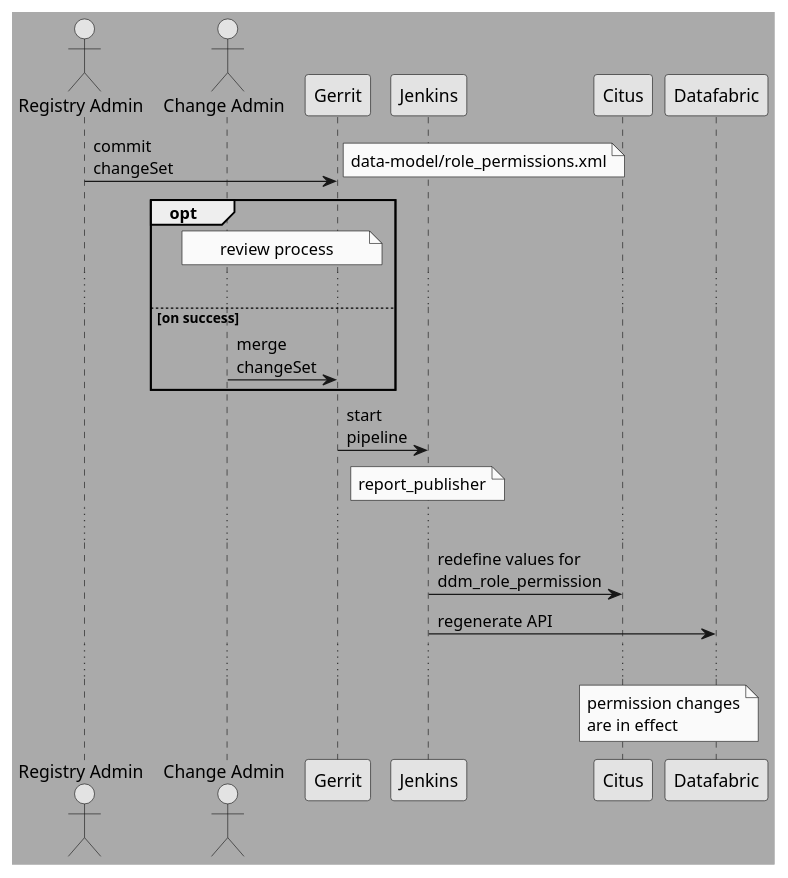
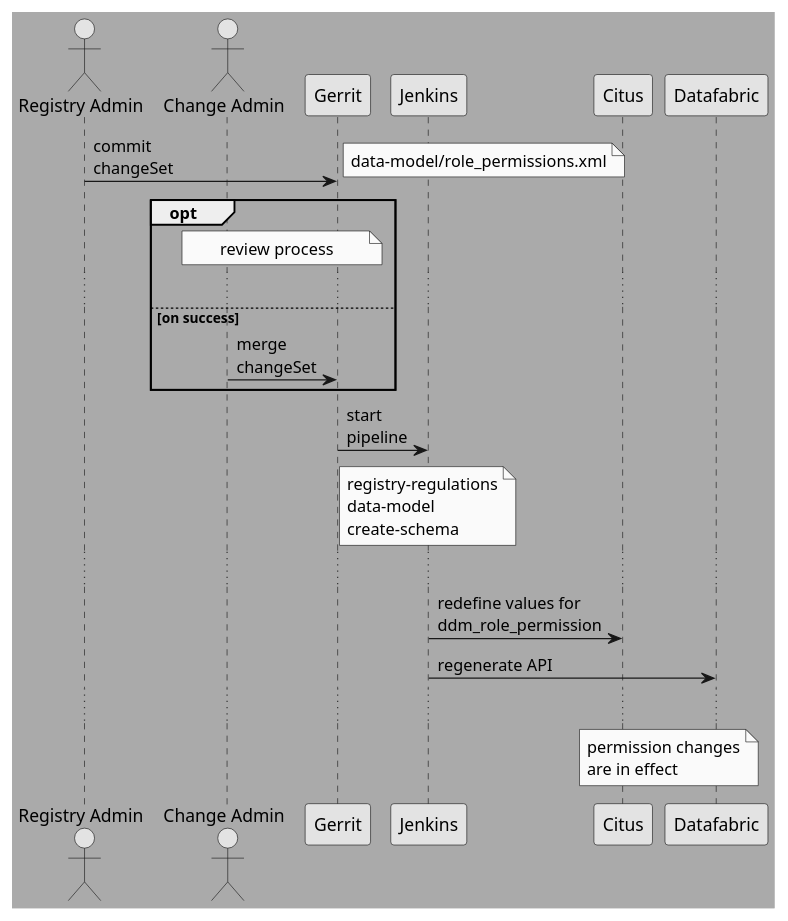
Before and after one commit to epam/edp-ddm-architecture: the diagram in modules/ROOT/partials/datafactory/rbac_change_permissions.puml, drawn with PlantUML. The commit also changed 1 other file, not shown here.

```diff
--- a/modules/ROOT/partials/datafactory/rbac_change_permissions.puml
+++ b/modules/ROOT/partials/datafactory/rbac_change_permissions.puml
@@ -1,26 +1,26 @@
 @startuml
 skinparam monochrome true
 skinparam backgroundColor #aaaaaa
 
 Actor "Registry Admin" as RegAdmin
 Actor "Change Admin" as ChAdmin
 participant Gerrit
 
 RegAdmin -> Gerrit: commit\nchangeSet
 note right: data-model/role_permissions.xml
 opt
 note over ChAdmin, Gerrit: review process
 ...
 else on success
 ChAdmin -> Gerrit: merge\nchangeSet
 
 end
 Gerrit -> Jenkins: start\npipeline
-note over Jenkins: report_publisher
+note over Jenkins: registry-regulations\ndata-model\ncreate-schema
 ...
 Jenkins -> Citus: redefine values for\nddm_role_permission
 Jenkins -> Datafabric: regenerate API
 ...
 note over Citus,Datafabric:permission changes\nare in effect
 
 @enduml
```
